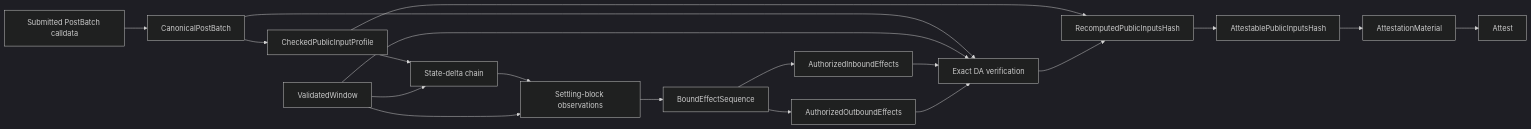
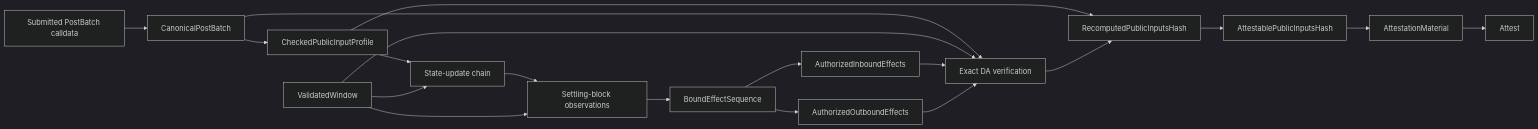
The diagram in crates/eez-proof-signer/docs/settlement-pipeline.md (eez-association/eez-rollup0), drawn with Mermaid (dark theme) before and after one commit. The commit also changed other lines of this file and 29 other files, not shown here.

````diff
--- a/crates/eez-proof-signer/docs/settlement-pipeline.md
+++ b/crates/eez-proof-signer/docs/settlement-pipeline.md
@@ -24,21 +24,21 @@
 ```mermaid
 flowchart LR
     PB[Submitted PostBatch calldata] --> DEC[CanonicalPostBatch]
     DEC --> PI[CheckedPublicInputProfile]
-    PI --> STATE[State-delta chain]
+    PI --> STATE[State-update chain]
     VW[ValidatedWindow] --> STATE
     STATE --> BLOCKS[Settling-block observations]
     VW --> BLOCKS
     BLOCKS --> PREFIX[BoundEffectSequence]
     PREFIX --> IN[AuthorizedInboundEffects]
     PREFIX --> OUT[AuthorizedOutboundEffects]
     DEC --> DA[Exact DA verification]
     VW --> DA
     IN --> DA
     OUT --> DA
     PI --> HASH[RecomputedPublicInputsHash]
     DA --> HASH
     HASH --> AUTH[AttestablePublicInputsHash]
     AUTH --> MATERIAL[AttestationMaterial]
     MATERIAL --> SIGN[Attest]
 ```
````
